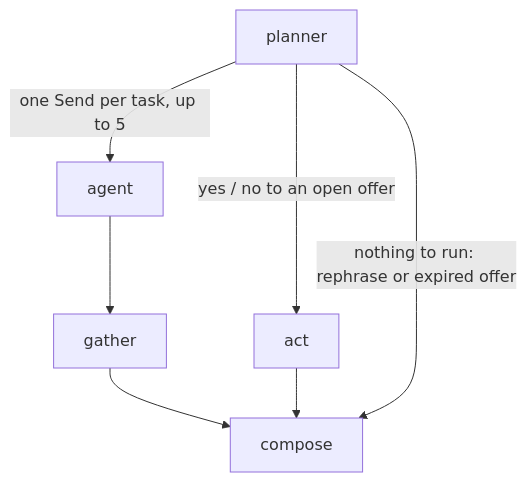
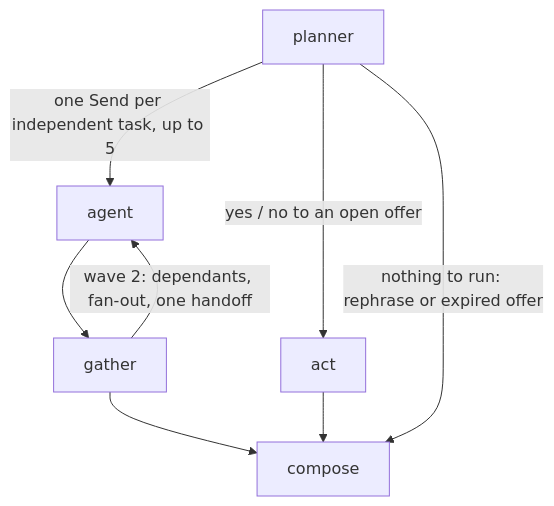
The second of 3 diagrams in docs/how-agents-run.md (deniseLie/IS4000_Group7), drawn with Mermaid before and after one commit. The commit also changed other lines of this file and 21 other files, not shown here.

````diff
--- a/docs/how-agents-run.md
+++ b/docs/how-agents-run.md
@@ -27,6 +27,7 @@
 ```mermaid
 flowchart TD
-  planner -->|one Send per task, up to 5| agent --> gather --> compose
+  planner -->|one Send per independent task, up to 5| agent --> gather --> compose
+  gather -->|wave 2: dependants, fan-out, one handoff| agent
   planner -->|yes / no to an open offer| act --> compose
   planner -->|nothing to run: rephrase or expired offer| compose
 ```
````
